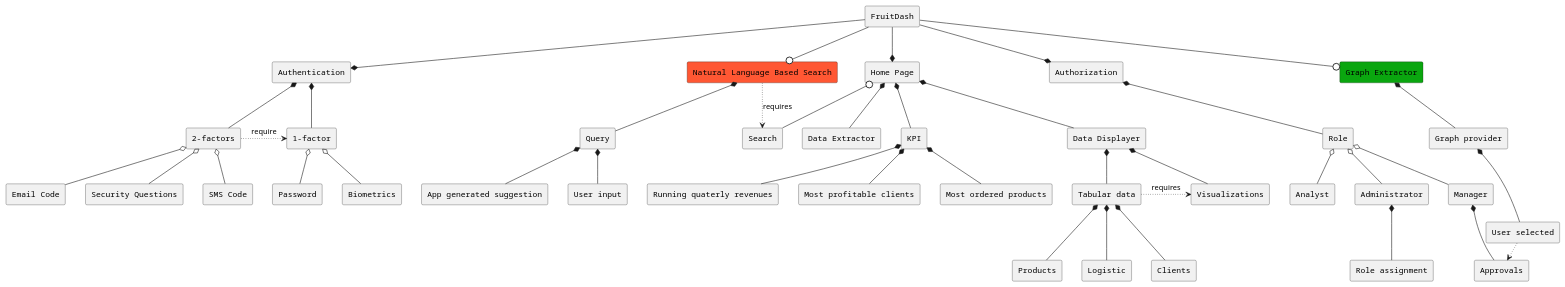
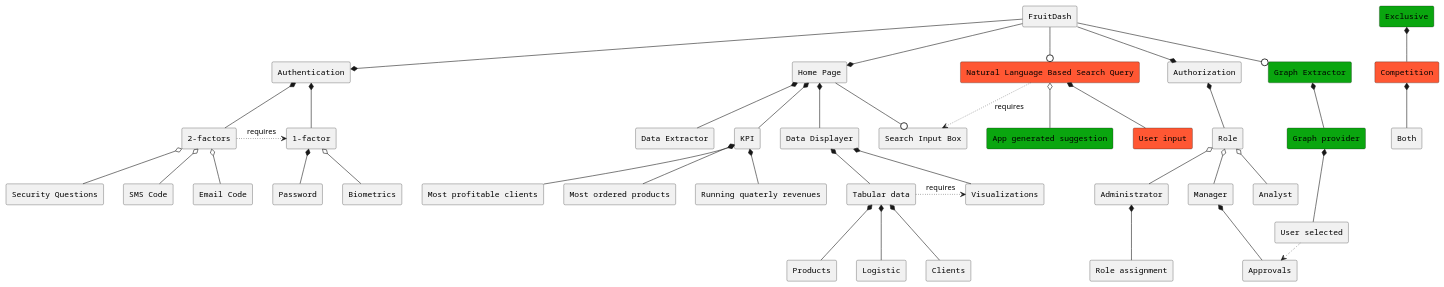
One commit to USI-MSDE-SA-2022/software-architecture-model-Travad changed the diagram in src/sa/model/examples/fruitdash.puml. Above: the diagram before and after it, drawn with PlantUML. The commit also changed 9 other files, not shown here.

```diff
--- a/src/sa/model/examples/fruitdash.puml
+++ b/src/sa/model/examples/fruitdash.puml
@@ -1,112 +1,112 @@
 @startuml
 
 ' Descriptors
-' rectangle "Exclusive" as EXCL #0AA60F
-' rectangle "Competition" as COMP #FF5733
-' rectangle "Both" as BOTH
+rectangle "Exclusive" as EXCL #0AA60F
+rectangle "Competition" as COMP #FF5733
+rectangle "Both" as BOTH
 
-' EXCL *-- COMP
-' COMP *-- BOTH
+EXCL *-- COMP
+COMP *-- BOTH
 
 ' Layer 0 rectangle
 rectangle "FruitDash" as FD
 
 ' Layer 1 rectangles
 rectangle "Authentication" as AUTHC
 rectangle "Authorization" as AUTHR
 rectangle "Home Page" as HP
 rectangle "Graph Extractor" as GE #0AA60F
-rectangle "Natural Language Based Search" as NLBS #FF5733
+rectangle "Natural Language Based Search Query" as NLBS #FF5733
 
 FD --* AUTHC
 FD --* AUTHR
 FD --* HP
 ' FD --* DD
 ' FD --* DE
 FD --0 GE
 FD --0 NLBS
 
 ' Layer 2 rectangles
 rectangle "1-factor" as 1F
 rectangle "2-factors" as 2F
 AUTHC *-- 1F
 AUTHC *-- 2F
-2F -[dotted]> 1F : require
+2F -[dotted]> 1F : requires
 
 rectangle "Role" as ROLE
 AUTHR *-- ROLE
 
-rectangle "Search" as SEARCH
+rectangle "Search Input Box" as SEARCH
 rectangle "Data Displayer" as DD
 rectangle "Data Extractor" as DE
 rectangle "KPI" as KPI
-HP 0-- SEARCH
+HP --0 SEARCH
 HP *-- KPI
 HP *-- DD
 HP *-- DE
 NLBS -[dotted]> SEARCH : requires
 
-rectangle "Graph provider" as GP
+rectangle "Graph provider" as GP #0AA60F
 GE *-- GP
 
-rectangle "Query" as QUE
-NLBS *-- QUE
+' rectangle "Query" as QUE
+' NLBS *-- QUE
 
 ' Layer 3 rectangles
 rectangle "Password" as PWD
 rectangle "Biometrics" AS BIO
 rectangle "SMS Code" as SMS
 rectangle "Email Code" as EMAIL
 rectangle "Security Questions" as SQ
-1F o-- PWD
+1F *-- PWD
 1F o-- BIO
 2F o-- SMS
 2F o-- EMAIL
 2F o-- SQ
 
 rectangle "Tabular data" as LD
 rectangle "Visualizations" as VIS
 DD *-- LD
 DD *-- VIS
 LD -[dotted]> VIS : requires
 
 rectangle "Analyst" as ANA
 rectangle "Manager" as MAN
 rectangle "Administrator" as ADMIN
 ROLE o-- ANA
 ROLE o-- MAN
 ROLE o-- ADMIN
 
-rectangle "User input" as UI
-rectangle "App generated suggestion" as AGS
-QUE *-- UI
-QUE *-- AGS
+rectangle "User input" as UI #FF5733
+rectangle "App generated suggestion" as AGS #0AA60F
+NLBS *-- UI
+NLBS o-- AGS
 
 rectangle "User selected" as US
 GP *-- US
 
 ' Layer 4 rectangles
 rectangle "Approvals" as APPR
 rectangle "Role assignment" as ROASS
 MAN *-- APPR
 ADMIN *-- ROASS
 US -[dotted]> APPR : requires
 
 rectangle "Products" as PROD
 rectangle "Logistic" as LOG
 rectangle "Clients" as CLI
 LD *-- PROD
 LD *-- LOG
 LD *-- CLI
 
 rectangle "Most profitable clients" as MPC
 rectangle "Most ordered products" as MOP 
 rectangle "Running quaterly revenues" as RYR 
 KPI *-- MPC
 KPI *-- MOP
 KPI *-- RYR
 
 skinparam monochrome false
 skinparam shadowing false
 skinparam defaultFontName Courier
 @enduml
```
